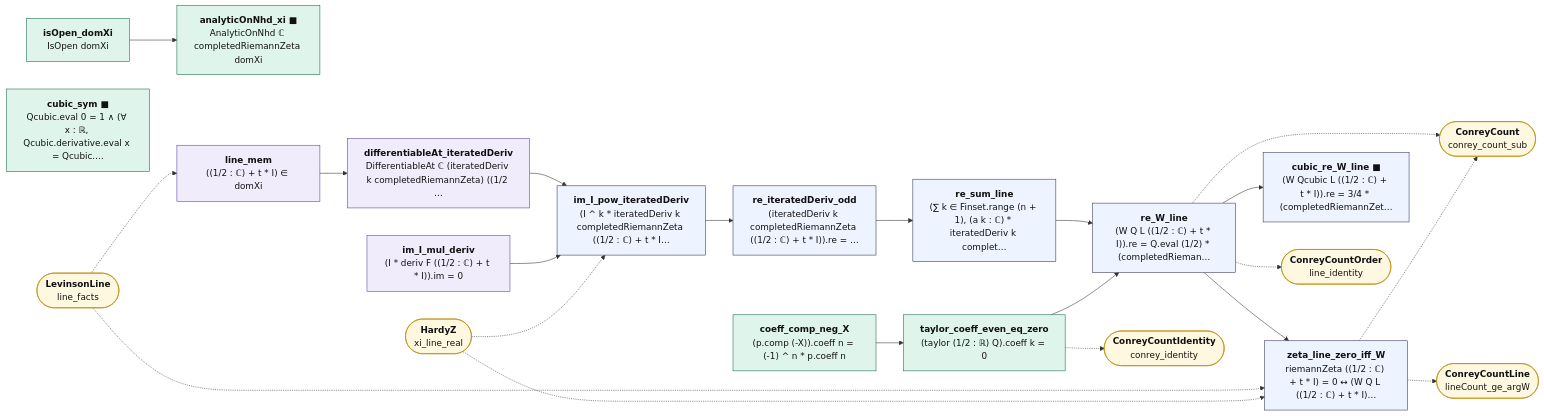
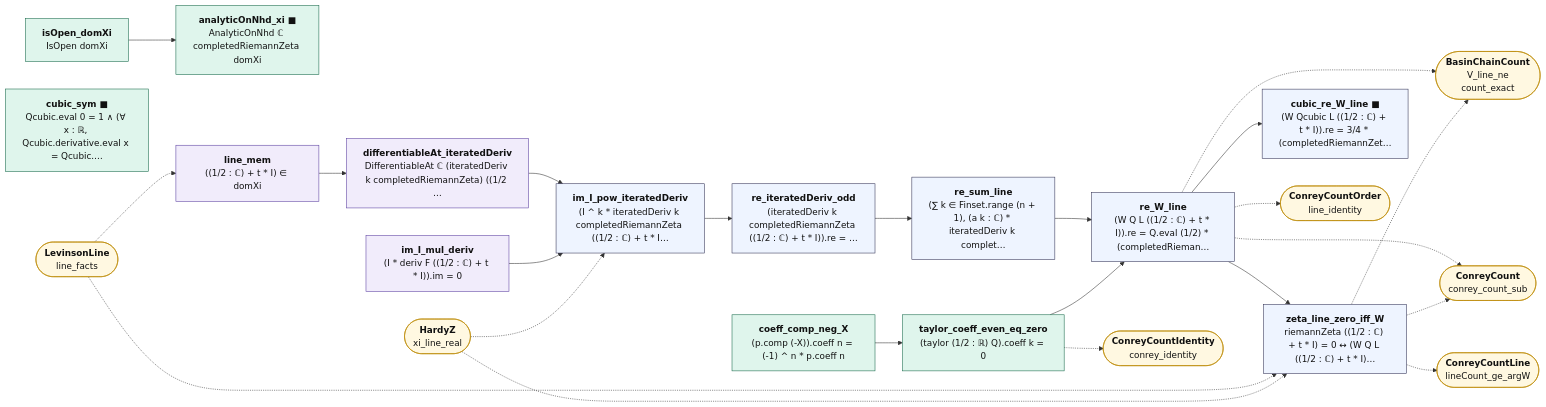
The diagram in map/lean_stage3/OperatorQ.md (juliansambranojr/Primebeat_081426), drawn with Mermaid before and after one commit. The commit also changed other lines of this file and 60 other files, not shown here.

````diff
--- a/map/lean_stage3/OperatorQ.md
+++ b/map/lean_stage3/OperatorQ.md
@@ -14,51 +14,54 @@
 ```mermaid
 flowchart LR
   n0["<b>isOpen_domXi</b><br/>IsOpen domXi"]:::cnt
   n1["<b>analyticOnNhd_xi ■</b><br/>AnalyticOnNhd ℂ completedRiemannZeta domXi"]:::cnt
   n2["<b>line_mem</b><br/>((1/2 : ℂ) + t * I) ∈ domXi"]:::shp
   n3["<b>differentiableAt_iteratedDeriv</b><br/>DifferentiableAt ℂ (iteratedDeriv k completedRiemannZeta) ((1/2 …"]:::shp
   n4["<b>im_I_mul_deriv</b><br/>(I * deriv F ((1/2 : ℂ) + t * I)).im = 0"]:::shp
   n5["<b>im_I_pow_iteratedDeriv</b><br/>(I ^ k * iteratedDeriv k completedRiemannZeta ((1/2 : ℂ) + t * I…"]:::thm
   n6["<b>re_iteratedDeriv_odd</b><br/>(iteratedDeriv k completedRiemannZeta ((1/2 : ℂ) + t * I)).re = …"]:::thm
   n7["<b>re_sum_line</b><br/>(∑ k ∈ Finset.range (n + 1), (a k : ℂ) * iteratedDeriv k complet…"]:::thm
   n8["<b>coeff_comp_neg_X</b><br/>(p.comp (-X)).coeff n = (-1) ^ n * p.coeff n"]:::cnt
   n9["<b>taylor_coeff_even_eq_zero</b><br/>(taylor (1/2 : ℝ) Q).coeff k = 0"]:::cnt
   n10["<b>re_W_line</b><br/>(W Q L ((1/2 : ℂ) + t * I)).re = Q.eval (1/2) * (completedRieman…"]:::thm
   n11["<b>zeta_line_zero_iff_W</b><br/>riemannZeta ((1/2 : ℂ) + t * I) = 0 ↔ (W Q L ((1/2 : ℂ) + t * I)…"]:::thm
   n12["<b>cubic_sym ■</b><br/>Qcubic.eval 0 = 1 ∧ (∀ x : ℝ, Qcubic.derivative.eval x = Qcubic.…"]:::cnt
   n13["<b>cubic_re_W_line ■</b><br/>(W Qcubic L ((1/2 : ℂ) + t * I)).re = 3/4 * (completedRiemannZet…"]:::thm
   x0(["<b>LevinsonLine</b><br/>line_facts"]):::ext
   x1(["<b>HardyZ</b><br/>xi_line_real"]):::ext
   x2(["<b>ConreyCountIdentity</b><br/>conrey_identity"]):::ext
-  x3(["<b>ConreyCount</b><br/>conrey_count_sub"]):::ext
-  x4(["<b>ConreyCountOrder</b><br/>line_identity"]):::ext
-  x5(["<b>ConreyCountLine</b><br/>lineCount_ge_argW"]):::ext
+  x3(["<b>BasinChainCount</b><br/>V_line_ne<br/>count_exact"]):::ext
+  x4(["<b>ConreyCount</b><br/>conrey_count_sub"]):::ext
+  x5(["<b>ConreyCountOrder</b><br/>line_identity"]):::ext
+  x6(["<b>ConreyCountLine</b><br/>lineCount_ge_argW"]):::ext
   n0 --> n1
   n10 --> n11
   n10 --> n13
   n2 --> n3
   n3 --> n5
   n4 --> n5
   n5 --> n6
   n6 --> n7
   n7 --> n10
   n8 --> n9
   n9 --> n10
   n10 -.-> x3
   n10 -.-> x4
+  n10 -.-> x5
   n11 -.-> x3
-  n11 -.-> x5
+  n11 -.-> x4
+  n11 -.-> x6
   n9 -.-> x2
   x0 -.-> n11
   x0 -.-> n2
   x1 -.-> n11
   x1 -.-> n5
   classDef cnt fill:#dff5ec,stroke:#17694a,color:#111
   classDef shp fill:#f1ecfb,stroke:#5b3fa0,color:#111
   classDef rh fill:#ffe5e5,stroke:#c22,color:#111,stroke-width:2px
   classDef thm fill:#eef4ff,stroke:#335,color:#111
   classDef end_ fill:#e7f7e7,stroke:#2a7,color:#111,stroke-width:2px
   classDef lone fill:#fff,stroke:#999,color:#111,stroke-dasharray:4 3
   classDef bad fill:#ffe5e5,stroke:#c22,color:#111,stroke-width:2px
   classDef ext fill:#fff8e1,stroke:#b80,color:#111
 ```
````
